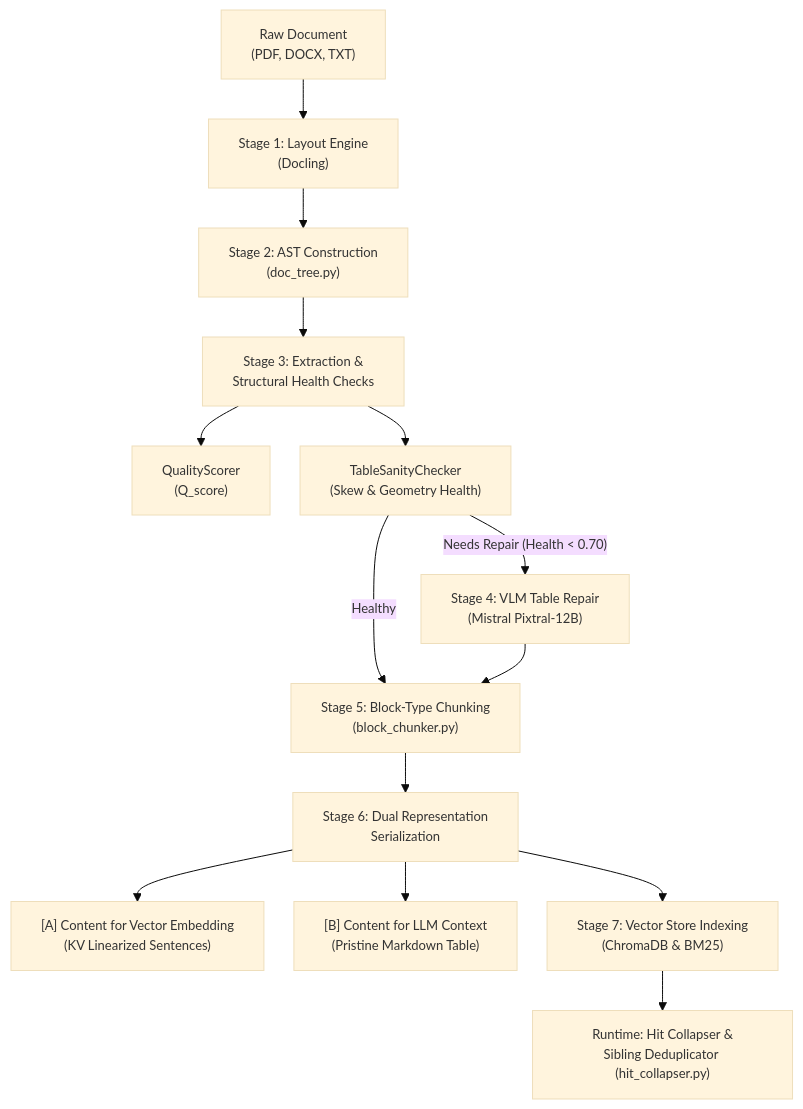
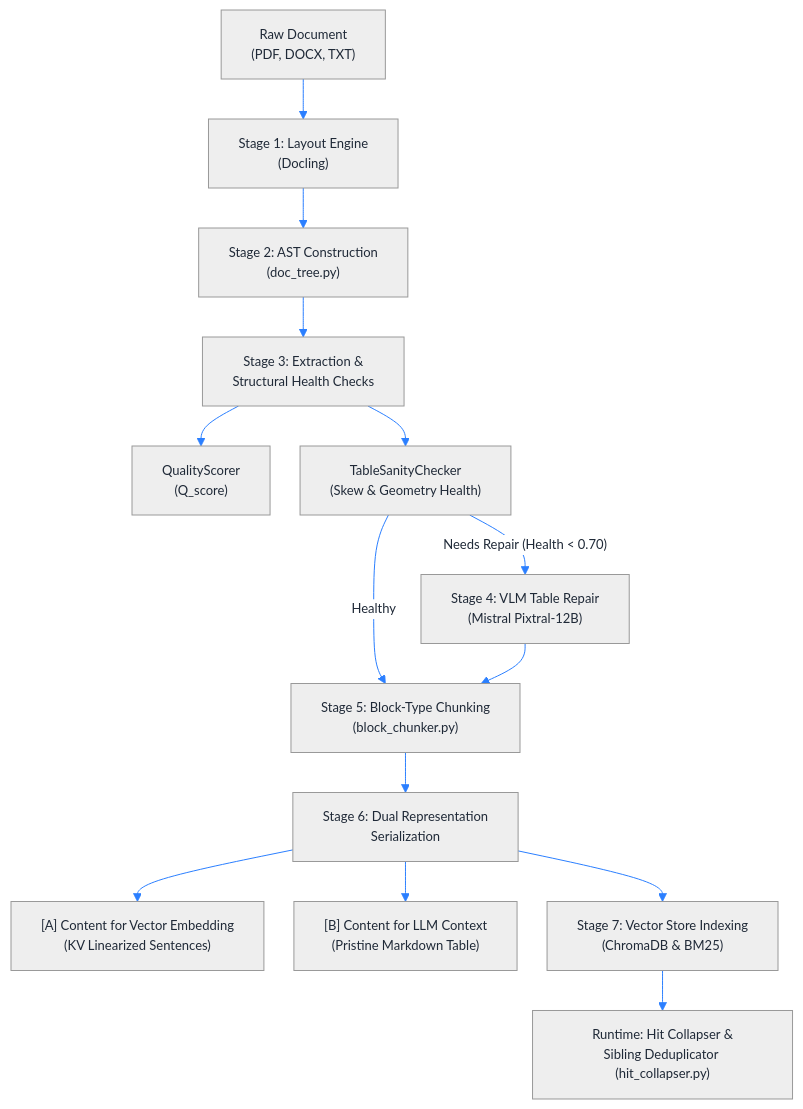
The diagram in docs/CHUNKING_AND_INGESTION_ARCHITECTURE.md (Souheil007/Rag_Full_Version), drawn with Mermaid before and after one commit.

Commit message:
fix(docs): set high-contrast blue lineColor and neutral theme for dark/light mode arrow visibility

````diff
--- a/docs/CHUNKING_AND_INGESTION_ARCHITECTURE.md
+++ b/docs/CHUNKING_AND_INGESTION_ARCHITECTURE.md
@@ -12,17 +12,17 @@
 ```mermaid
-%%{init: {'theme': 'base', 'themeVariables': { 'fontSize': '13px' }, 'flowchart': { 'nodeSpacing': 30, 'rankSpacing': 40, 'padding': 15, 'useMaxWidth': true } } }%%
+%%{init: {'theme': 'neutral', 'themeVariables': { 'fontSize': '13px', 'lineColor': '#2b7fff', 'edgeLabelBackground': '#ffffff', 'textColor': '#1f2937' }, 'flowchart': { 'nodeSpacing': 30, 'rankSpacing': 40, 'padding': 15, 'useMaxWidth': true } } }%%
 flowchart TD
     A["Raw Document<br/>(PDF, DOCX, TXT)"] --> B["Stage 1: Layout Engine<br/>(Docling)"]
     B --> C["Stage 2: AST Construction<br/>(doc_tree.py)"]
     C --> D["Stage 3: Extraction &<br/>Structural Health Checks"]
     D --> D1["QualityScorer<br/>(Q_score)"]
     D --> D2["TableSanityChecker<br/>(Skew & Geometry Health)"]
     D2 -->|"Needs Repair (Health < 0.70)"| E["Stage 4: VLM Table Repair<br/>(Mistral Pixtral-12B)"]
     D2 -->|"Healthy"| F["Stage 5: Block-Type Chunking<br/>(block_chunker.py)"]
     E --> F
     F --> G["Stage 6: Dual Representation<br/>Serialization"]
     G --> G1["[A] Content for Vector Embedding<br/>(KV Linearized Sentences)"]
     G --> G2["[B] Content for LLM Context<br/>(Pristine Markdown Table)"]
     G --> H["Stage 7: Vector Store Indexing<br/>(ChromaDB & BM25)"]
     H --> I["Runtime: Hit Collapser &<br/>Sibling Deduplicator (hit_collapser.py)"]
 ```
````
